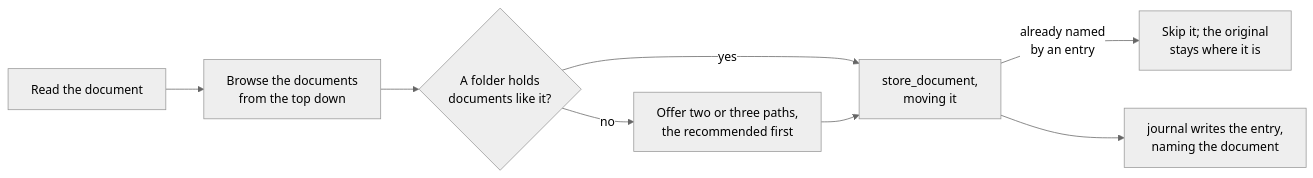
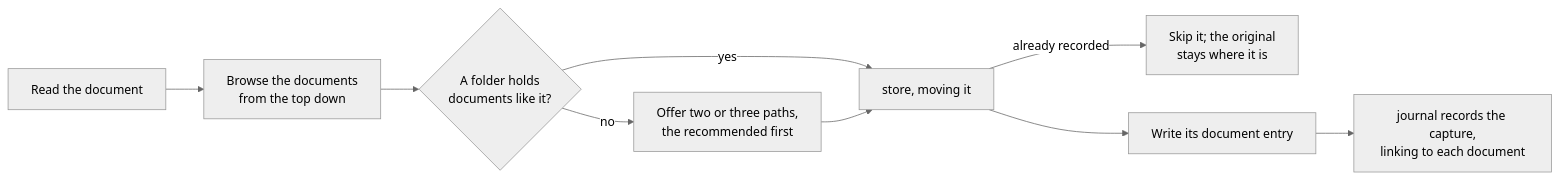
One commit to Velrea/AI.Brain changed the diagram in docs/skills.md. Above: the diagram before and after it, drawn with Mermaid (neutral theme). The commit also changed other lines of this file and 34 other files, not shown here.

````diff
--- a/docs/skills.md
+++ b/docs/skills.md
@@ -40,10 +59,11 @@
 ```mermaid
 flowchart LR
     read["Read the document"] --> browse["Browse the documents<br/>from the top down"]
     browse --> fits{"A folder holds<br/>documents like it?"}
-    fits -- yes --> file["store_document,<br/>moving it"]
+    fits -- yes --> file["store, moving it"]
     fits -- no --> ask["Offer two or three paths,<br/>the recommended first"]
     ask --> file
-    file -- "already named<br/>by an entry" --> skip["Skip it; the original<br/>stays where it is"]
-    file --> write["journal writes the entry,<br/>naming the document"]
+    file -- "already recorded" --> skip["Skip it; the original<br/>stays where it is"]
+    file --> write["Write its document entry"]
+    write --> journal["journal records the capture,<br/>linking to each document"]
 ```
````
